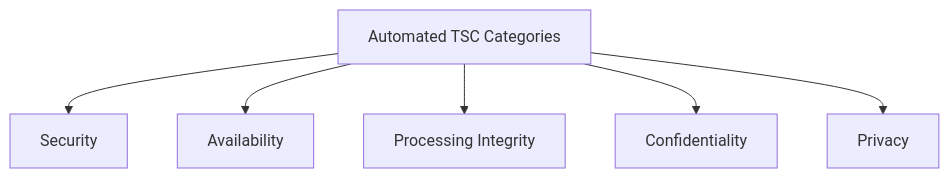
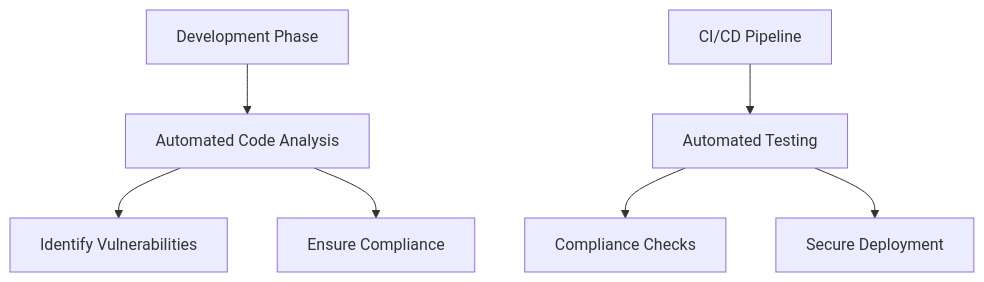
One commit to opsfolio/docs.opsfolio.com changed the second of 2 diagrams in src/content/docs/automating-compliance/introduction/intro.md. Above: the diagram before and after it, drawn with Mermaid. The commit also changed other lines of this file and 8 other files, not shown here.

````diff
--- a/src/content/docs/automating-compliance/introduction/intro.md
+++ b/src/content/docs/automating-compliance/introduction/intro.md
@@ -75,8 +85,9 @@
 ```mermaid
 graph TD;
-    A[Automated TSC Categories] --> B[Security]
-    A --> C[Availability]
-    A --> D[Processing Integrity]
-    A --> E[Confidentiality]
-    A --> F[Privacy]
+    A[Development Phase] --> B[Automated Code Analysis];
+    B --> C[Identify Vulnerabilities];
+    B --> D[Ensure Compliance];
+    E[CI/CD Pipeline] --> F[Automated Testing];
+    F --> G[Compliance Checks];
+    F --> H[Secure Deployment];
 ```
````
